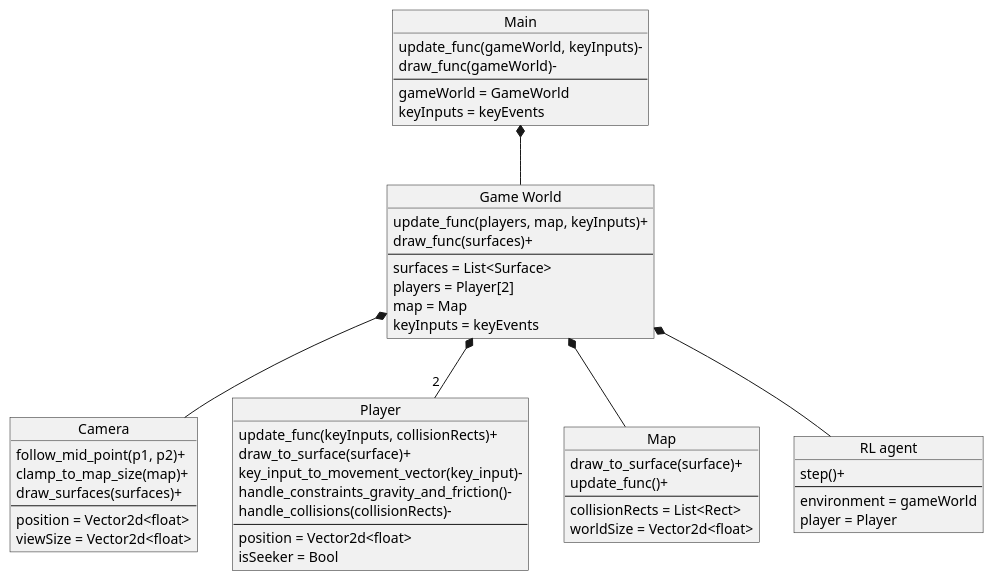
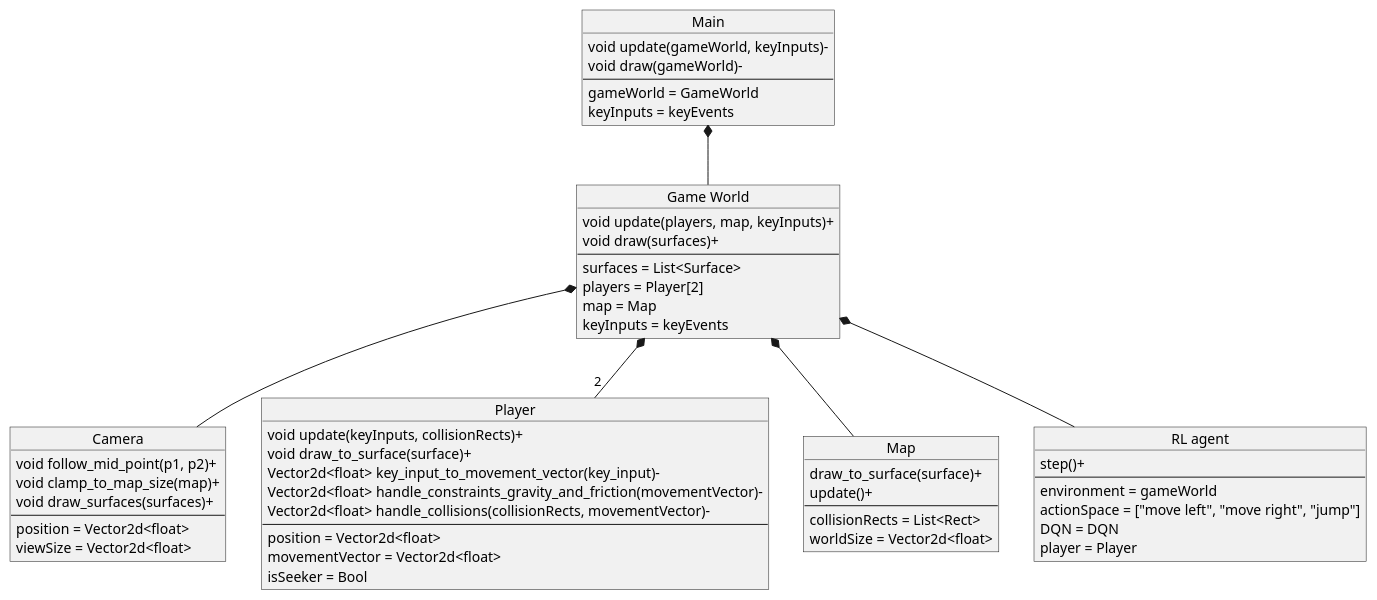
One commit to MatasSvarlys/UNI-COURSE-PROJECT changed the diagram in object_relations.puml. Above: the diagram before and after it, drawn with PlantUML.

Commit message:
relation amendments

```diff
--- a/object_relations.puml
+++ b/object_relations.puml
@@ -1,63 +1,66 @@
 @startuml "Object relation"
 
 object "Main" as main{
-    update_func(gameWorld, keyInputs)-
-    draw_func(gameWorld)-
+    void update(gameWorld, keyInputs)-
+    void draw(gameWorld)-
 ---
     gameWorld = GameWorld
     keyInputs = keyEvents
 }
 
 object "Game World" as gw{
-    update_func(players, map, keyInputs)+
-    draw_func(surfaces)+
+    void update(players, map, keyInputs)+
+    void draw(surfaces)+
 ---
     surfaces = List<Surface>
     players = Player[2]
     map = Map
     keyInputs = keyEvents
 }
 
 object "Camera" as cam{
-    follow_mid_point(p1, p2)+
-    clamp_to_map_size(map)+
-    draw_surfaces(surfaces)+
+    void follow_mid_point(p1, p2)+
+    void clamp_to_map_size(map)+
+    void draw_surfaces(surfaces)+
 ---
     position = Vector2d<float>
     viewSize = Vector2d<float>
 }
 
 object "Player" as p{
-    update_func(keyInputs, collisionRects)+
-    draw_to_surface(surface)+
-    key_input_to_movement_vector(key_input)-
-    handle_constraints_gravity_and_friction()-
-    handle_collisions(collisionRects)-
+    void update(keyInputs, collisionRects)+
+    void draw_to_surface(surface)+
+    Vector2d<float> key_input_to_movement_vector(key_input)-
+    Vector2d<float> handle_constraints_gravity_and_friction(movementVector)-
+    Vector2d<float> handle_collisions(collisionRects, movementVector)-
 ---
     position = Vector2d<float>
+    movementVector = Vector2d<float>
     isSeeker = Bool
 }
 
 object "Map" as map{
     draw_to_surface(surface)+
-    update_func()+
+    update()+
 ---
     collisionRects = List<Rect>
     worldSize = Vector2d<float>
 }
 
 object "RL agent" as rla{
     step()+
     
 ---
     environment = gameWorld
+    actionSpace = ["move left", "move right", "jump"]
+    DQN = DQN
     player = Player
 }
 
 main *-- gw
 gw *-- rla
 gw *-- cam
 gw *-- map
 gw *-- "2" p
 
 @enduml
```
